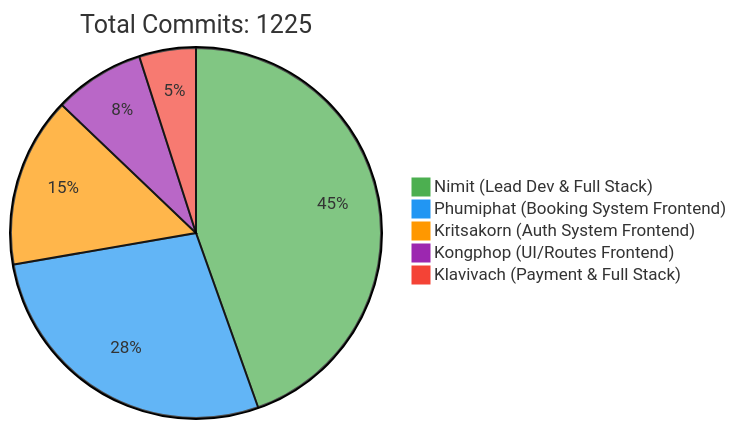
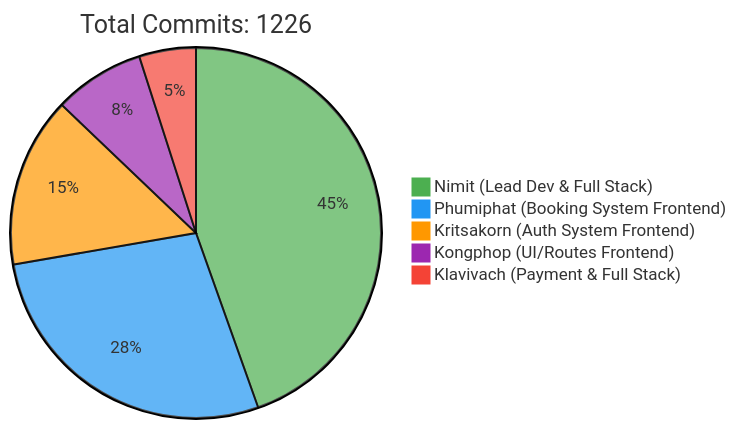
The first of 2 diagrams in README.md (6531503042/Sport-Complex), drawn with Mermaid before and after one commit. The commit also changed other lines of this file, not shown here.

Commit message:
docs: Update contributor statistics [skip ci]

````diff
--- a/README.md
+++ b/README.md
@@ -257,10 +257,10 @@
 ```mermaid
 %%{init: {'theme': 'base', 'themeVariables': { 'pie1': '#4CAF50', 'pie2': '#2196F3', 'pie3': '#FF9800', 'pie4': '#9C27B0', 'pie5': '#F44336'}}}%%
 pie
-    title Total Commits: 1225
+    title Total Commits: 1226
     "Nimit (Lead Dev & Full Stack)" : 450
     "Phumiphat (Booking System Frontend)" : 280
     "Kritsakorn (Auth System Frontend)" : 150
     "Kongphop (UI/Routes Frontend)" : 80
     "Klavivach (Payment & Full Stack)" : 50
 ```
````
